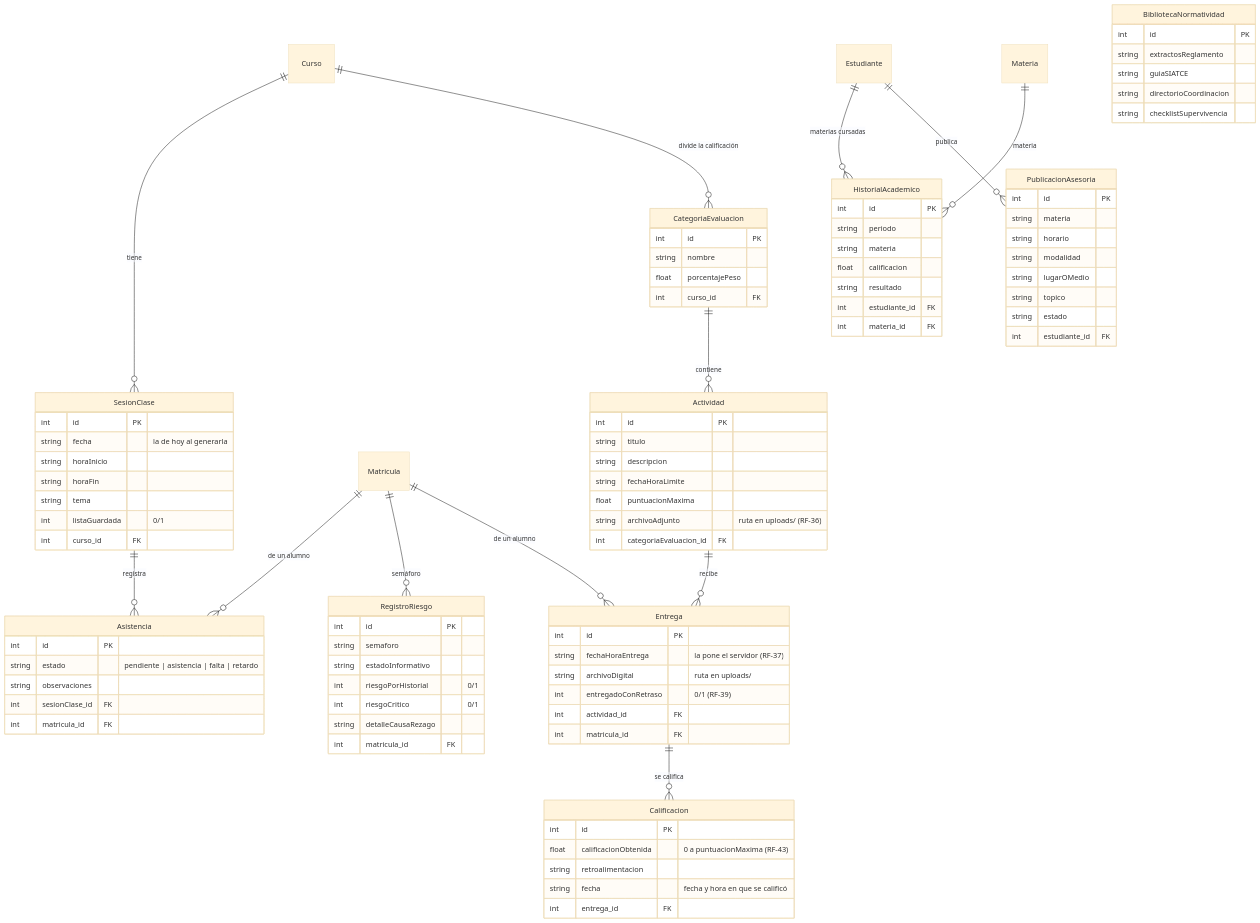
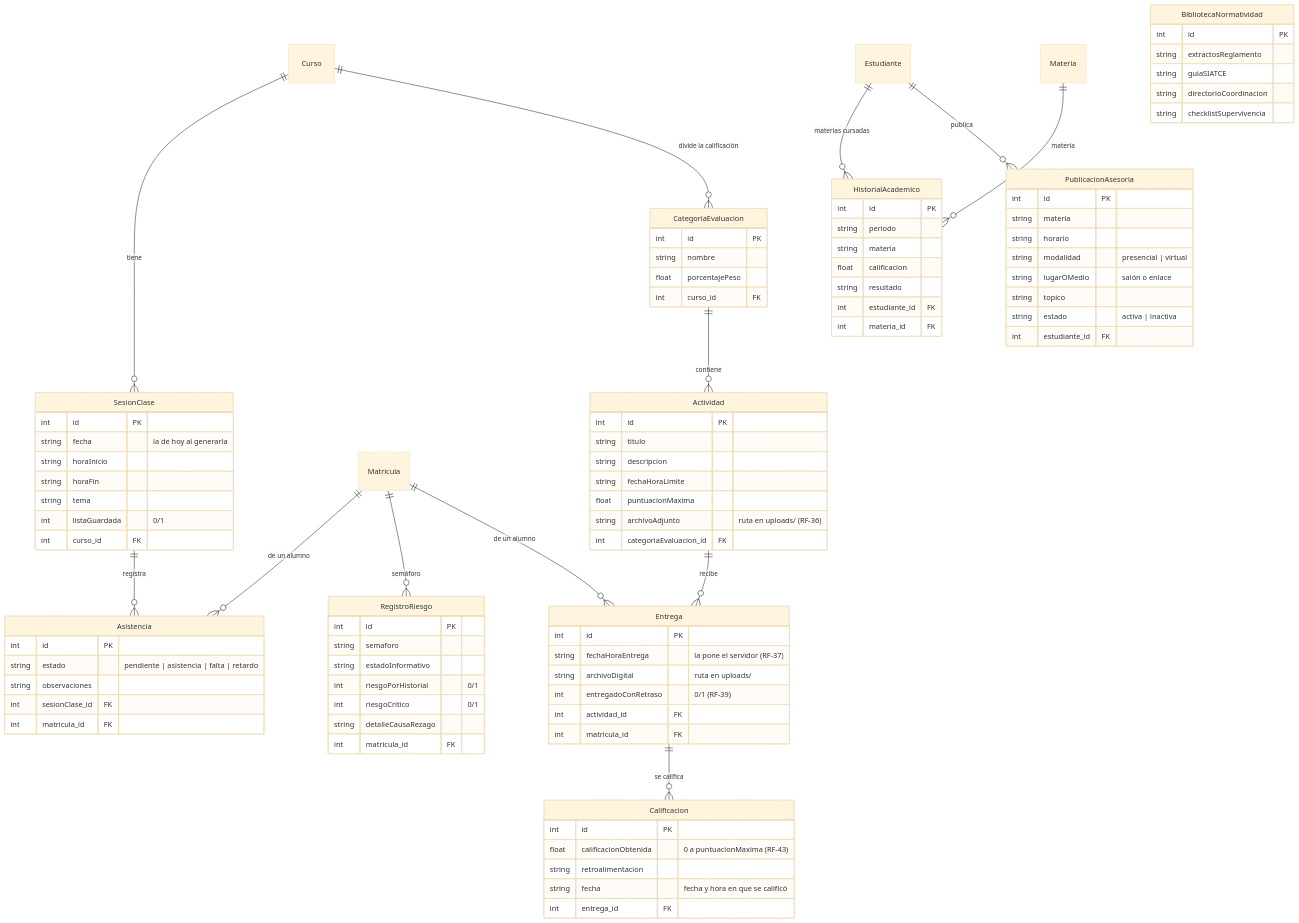
The second of 4 diagrams in docs/backend/03-base-de-datos.md (Huitrado/SEPA), drawn with Mermaid (base theme) before and after one commit. The commit also changed other lines of this file and 18 other files, not shown here.

```diff
--- a/docs/backend/03-base-de-datos.md
+++ b/docs/backend/03-base-de-datos.md
@@ -230,10 +230,10 @@
         int id PK
         string materia
         string horario
-        string modalidad
-        string lugarOMedio
+        string modalidad "presencial | virtual"
+        string lugarOMedio "salón o enlace"
         string topico
-        string estado
+        string estado "activa | inactiva"
         int estudiante_id FK
     }
     BibliotecaNormatividad {
```
